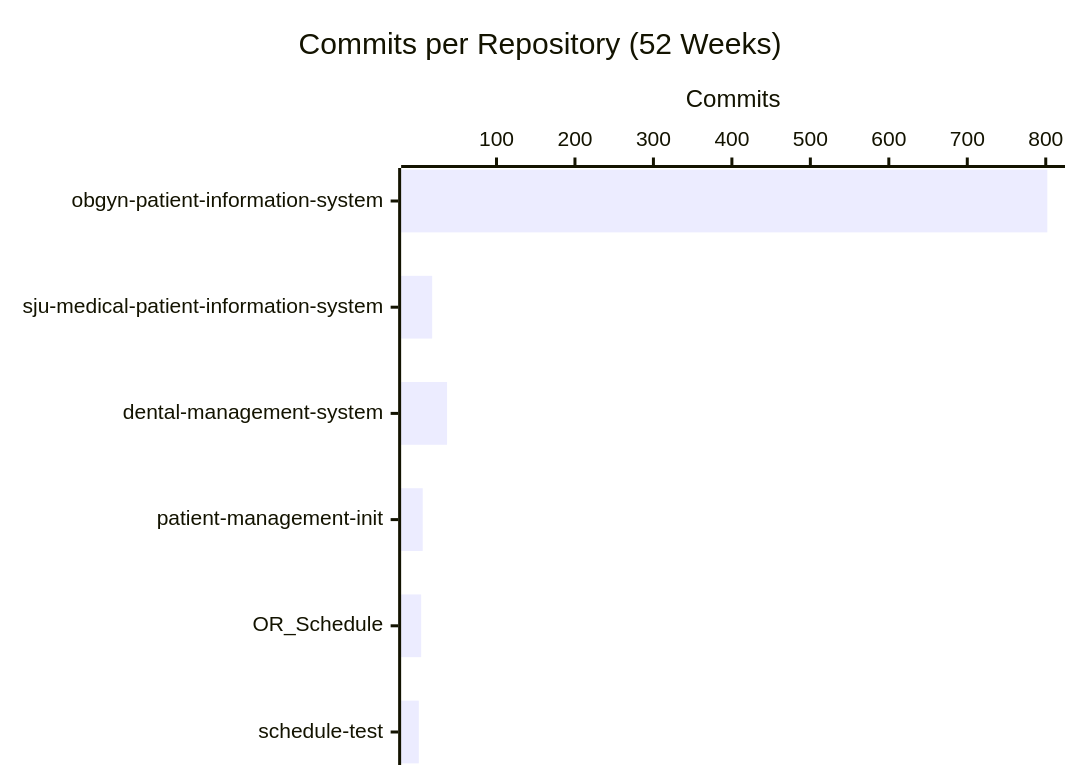
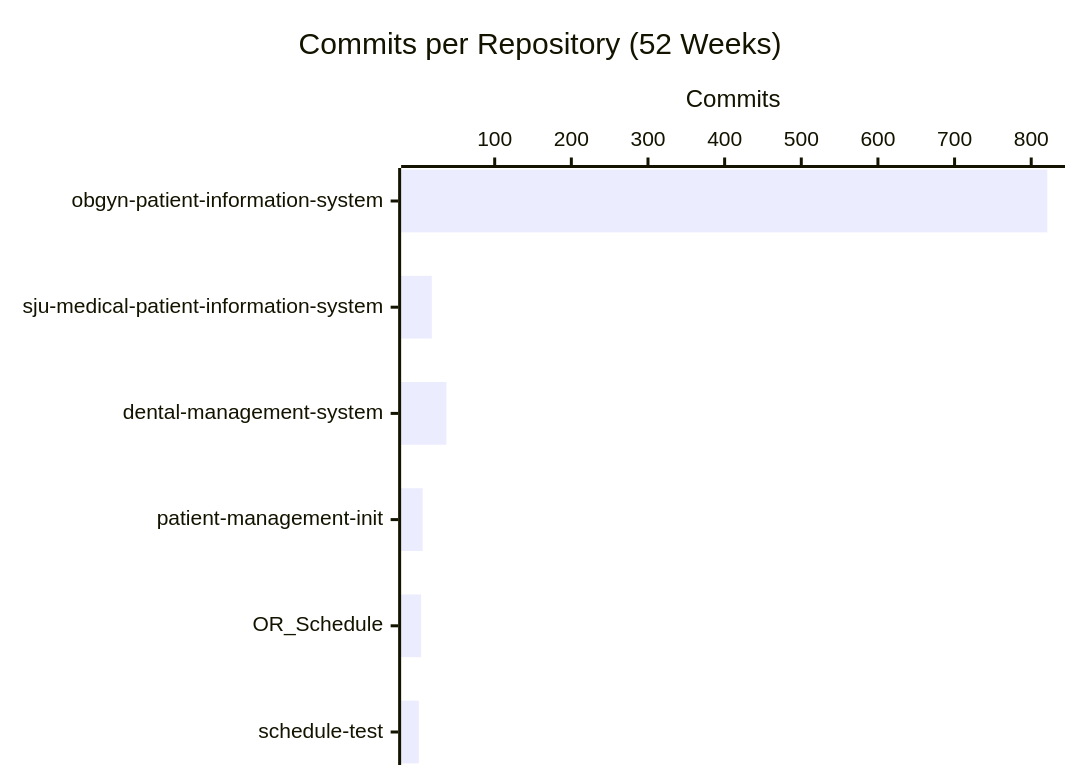
Before and after one commit to CSTH-Projects/.github: the second of 4 diagrams in profile/README.md, drawn with Mermaid. The commit also changed other lines of this file, not shown here.

````diff
--- a/profile/README.md
+++ b/profile/README.md
@@ -24,7 +24,7 @@
 ```mermaid
 xychart-beta horizontal
     title "Commits per Repository (52 Weeks)"
     x-axis ["obgyn-patient-information-system", "sju-medical-patient-information-system", "dental-management-system", "patient-management-init", "OR_Schedule", "schedule-test"]
     y-axis "Commits"
-    bar [802, 18, 37, 6, 4, 1]
+    bar [821, 18, 37, 6, 4, 1]
 ```
````
